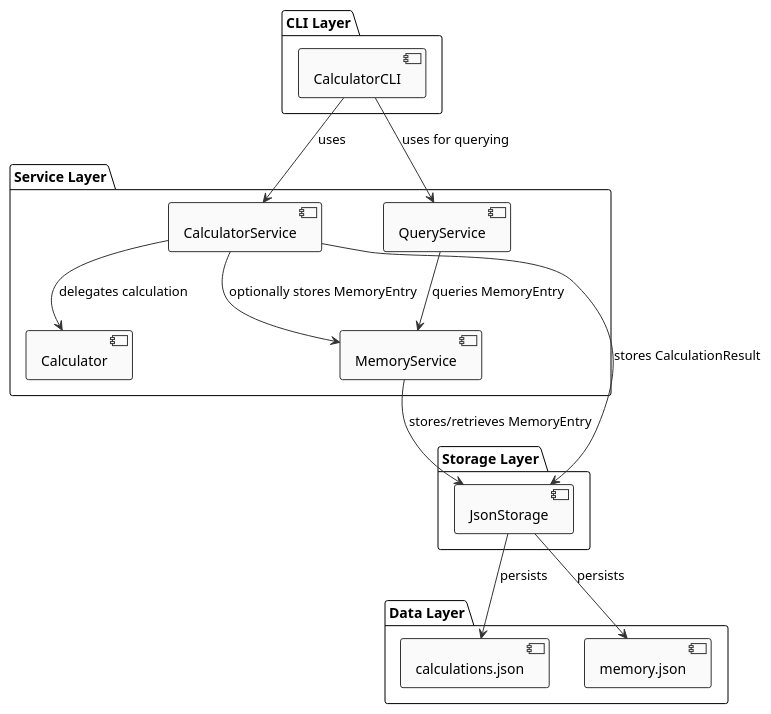
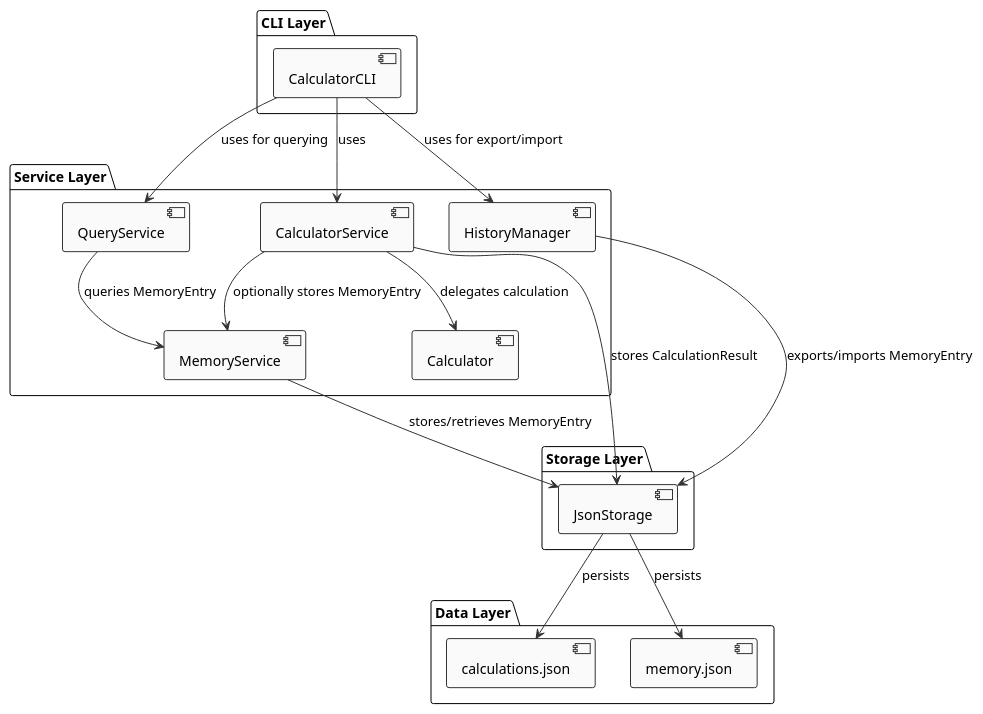
Before and after one commit to DanielRiha8906/Software_autoevolution_using_agents: the diagram in experiments/broadcast/structured_text/calculator/artifacts/component_diagram.puml, drawn with PlantUML. The commit also changed 1 other file, not shown here.

Commit message:
Update component and architecture diagrams to include HistoryManager
Task 07 implementation:
- Add HistoryManager component to Service Layer in both diagrams
- Update CLI dependencies to show export/import via HistoryManager
- Update Service Layer dependencies to show HistoryManager exports/imports via JsonStorage
- Add HistoryManager dependency relationship in architecture diagram

```diff
--- a/experiments/broadcast/structured_text/calculator/artifacts/component_diagram.puml
+++ b/experiments/broadcast/structured_text/calculator/artifacts/component_diagram.puml
@@ -1,42 +1,46 @@
 @startuml
 !theme plain
 skinparam componentBackgroundColor #FAFAFA
 skinparam componentBorderColor #333333
 skinparam arrowColor #333333
 skinparam fontName Courier
 
 package "CLI Layer" {
   component [CalculatorCLI] as CLI
 }
 
 package "Service Layer" {
   component [CalculatorService] as CalcService
   component [MemoryService] as MemService
+  component [HistoryManager] as HistMgr
   component [QueryService] as QuerySvc
   component [Calculator] as CalcLogic
 }
 
 package "Storage Layer" {
   component [JsonStorage] as Storage
 }
 
 package "Data Layer" {
   component [calculations.json] as CalcFile
   component [memory.json] as MemFile
 }
 
 CLI --> CalcService: uses
 CLI --> QuerySvc: uses for querying
+CLI --> HistMgr: uses for export/import
 
 CalcService --> CalcLogic: delegates calculation
 CalcService --> Storage: stores CalculationResult
 CalcService --> MemService: optionally stores MemoryEntry
 
 MemService --> Storage: stores/retrieves MemoryEntry
 
+HistMgr --> Storage: exports/imports MemoryEntry
+
 QuerySvc --> MemService: queries MemoryEntry
 
 Storage --> CalcFile: persists
 Storage --> MemFile: persists
 
 @enduml
```
